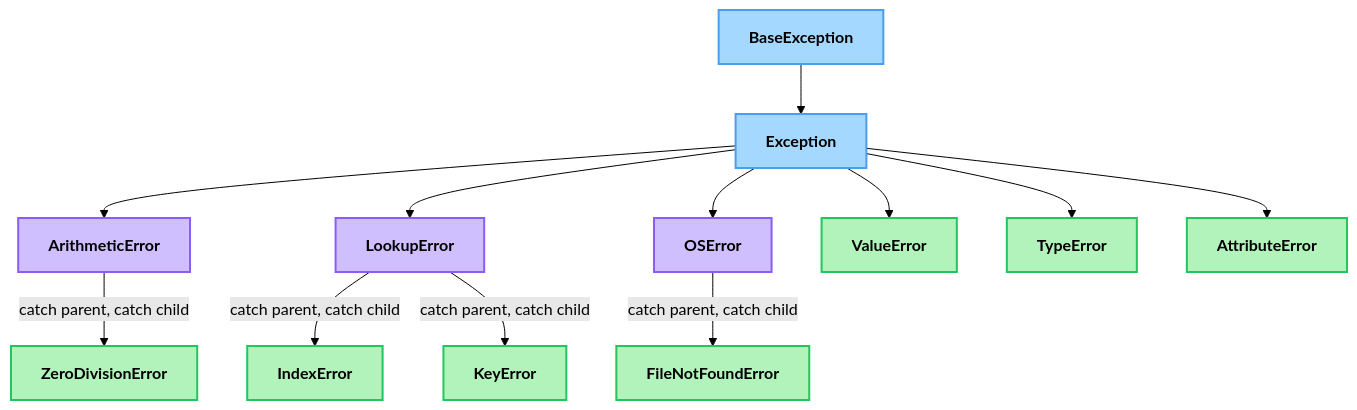
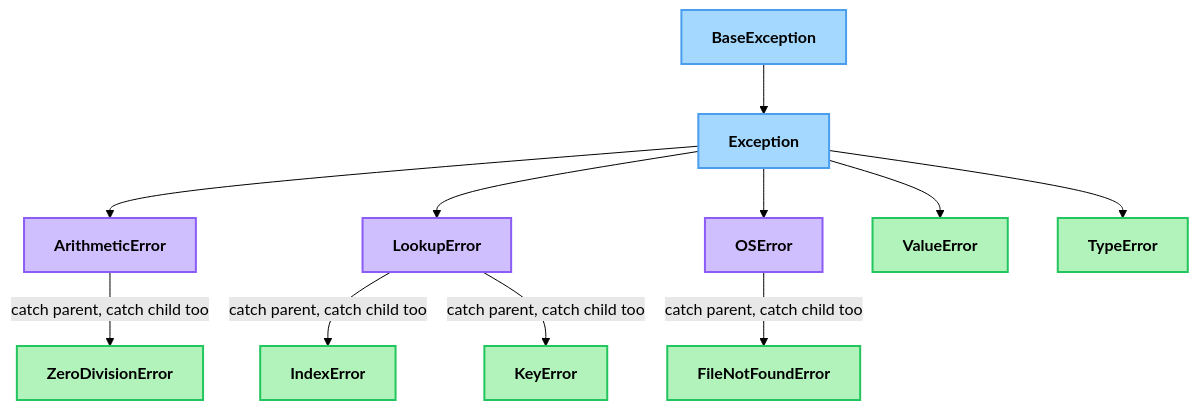
Before and after one commit to Kaveripriya/AI-Academy: the first of 2 diagrams in CRESCENT/python-foundations/modules/p5-files-exception-handling/unit-5-2-errors-exceptions.md, drawn with Mermaid (forest theme). The commit also changed other lines of this file and 19 other files, not shown here.

````diff
--- a/CRESCENT/python-foundations/modules/p5-files-exception-handling/unit-5-2-errors-exceptions.md
+++ b/CRESCENT/python-foundations/modules/p5-files-exception-handling/unit-5-2-errors-exceptions.md
@@ -33,34 +135,32 @@
 ```mermaid
 graph TD
     BaseException["<b>BaseException</b>"]
     Exception["<b>Exception</b>"]
     ArithmeticError["<b>ArithmeticError</b>"]
     ZeroDivisionError["<b>ZeroDivisionError</b>"]
     LookupError["<b>LookupError</b>"]
     IndexError["<b>IndexError</b>"]
     KeyError["<b>KeyError</b>"]
     OSError["<b>OSError</b>"]
     FileNotFoundError["<b>FileNotFoundError</b>"]
     ValueError["<b>ValueError</b>"]
     TypeError["<b>TypeError</b>"]
-    AttributeError["<b>AttributeError</b>"]
 
     BaseException --> Exception
     Exception --> ArithmeticError
     Exception --> LookupError
     Exception --> OSError
     Exception --> ValueError
     Exception --> TypeError
-    Exception --> AttributeError
-    ArithmeticError -->|catch parent, catch child| ZeroDivisionError
-    LookupError -->|catch parent, catch child| IndexError
-    LookupError -->|catch parent, catch child| KeyError
-    OSError -->|catch parent, catch child| FileNotFoundError
+    ArithmeticError -->|catch parent, catch child too| ZeroDivisionError
+    LookupError -->|catch parent, catch child too| IndexError
+    LookupError -->|catch parent, catch child too| KeyError
+    OSError -->|catch parent, catch child too| FileNotFoundError
 
     classDef start fill:#a5d8ff,stroke:#4a9eed,stroke-width:2px;
     classDef auto fill:#d0bfff,stroke:#8b5cf6,stroke-width:2px;
     classDef done fill:#b2f2bb,stroke:#22c55e,stroke-width:2px;
     class BaseException,Exception start;
     class ArithmeticError,LookupError,OSError auto;
-    class ZeroDivisionError,IndexError,KeyError,FileNotFoundError,ValueError,TypeError,AttributeError done;
+    class ZeroDivisionError,IndexError,KeyError,FileNotFoundError,ValueError,TypeError done;
 ```
````
